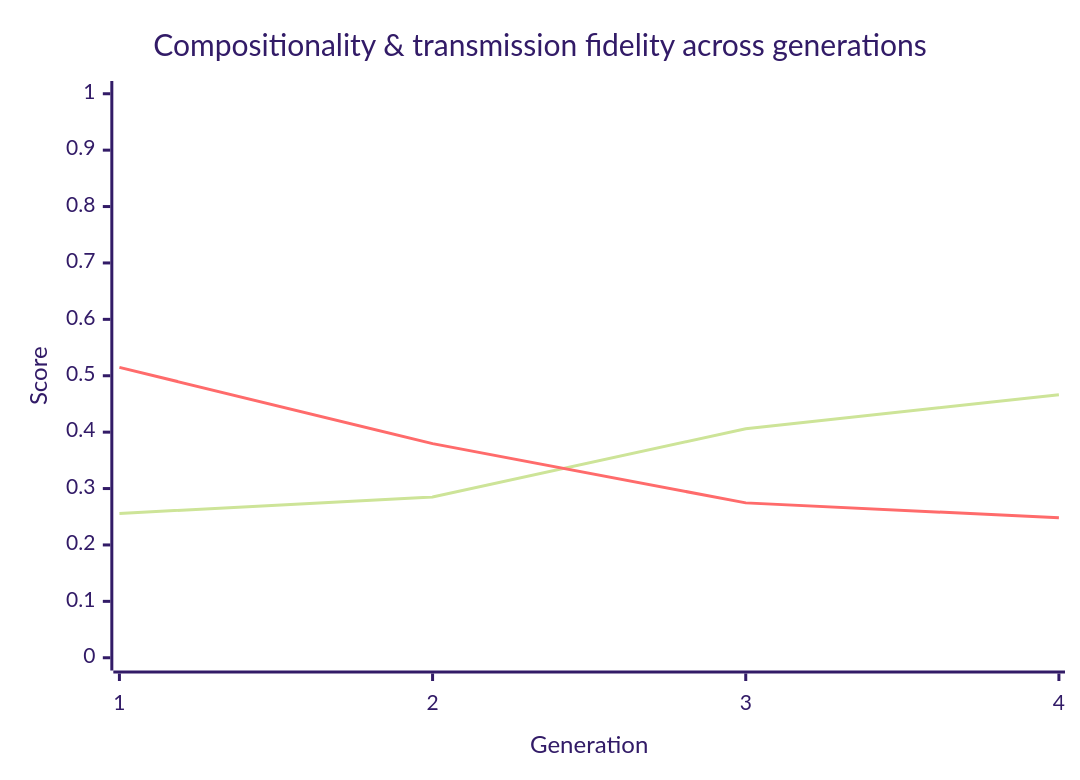
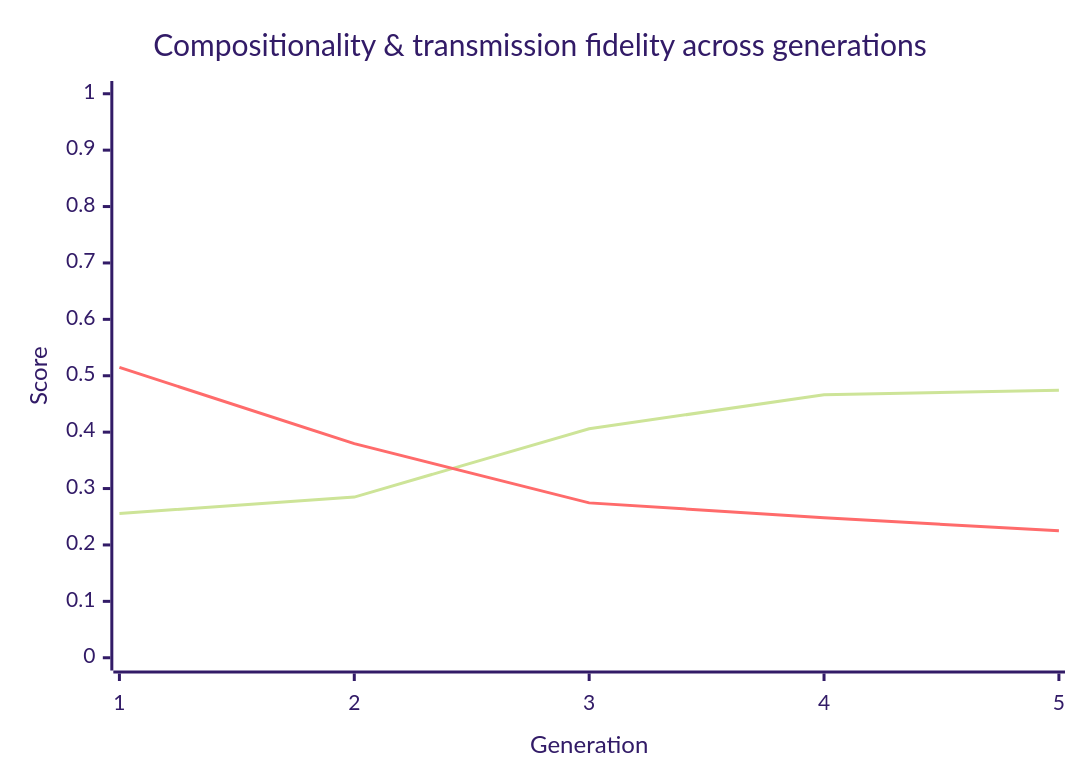
One commit to nichobbs/traditio changed the diagram in metrics/latest-report.md. Above: the diagram before and after it, drawn with Mermaid (forest theme). The commit also changed other lines of this file and 1 other file, not shown here.

````diff
--- a/metrics/latest-report.md
+++ b/metrics/latest-report.md
@@ -40,8 +40,8 @@
 ```mermaid
 xychart-beta
     title "Compositionality & transmission fidelity across generations"
-    x-axis "Generation" [1, 2, 3, 4]
+    x-axis "Generation" [1, 2, 3, 4, 5]
     y-axis "Score" 0 --> 1
-    line "Compositionality" [0.2559, 0.2849, 0.4060, 0.4663]
-    line "Transmission Fidelity" [0.5148, 0.3796, 0.2746, 0.2481]
+    line "Compositionality" [0.2559, 0.2849, 0.4060, 0.4663, 0.4745]
+    line "Transmission Fidelity" [0.5148, 0.3796, 0.2746, 0.2481, 0.2251]
 ```
````
